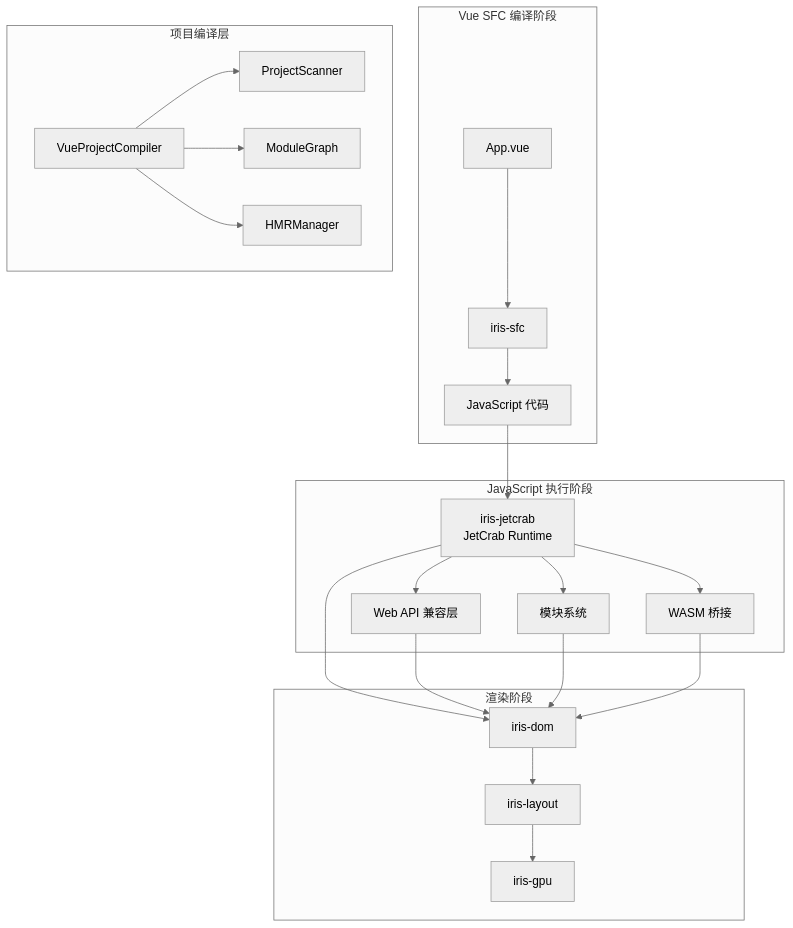
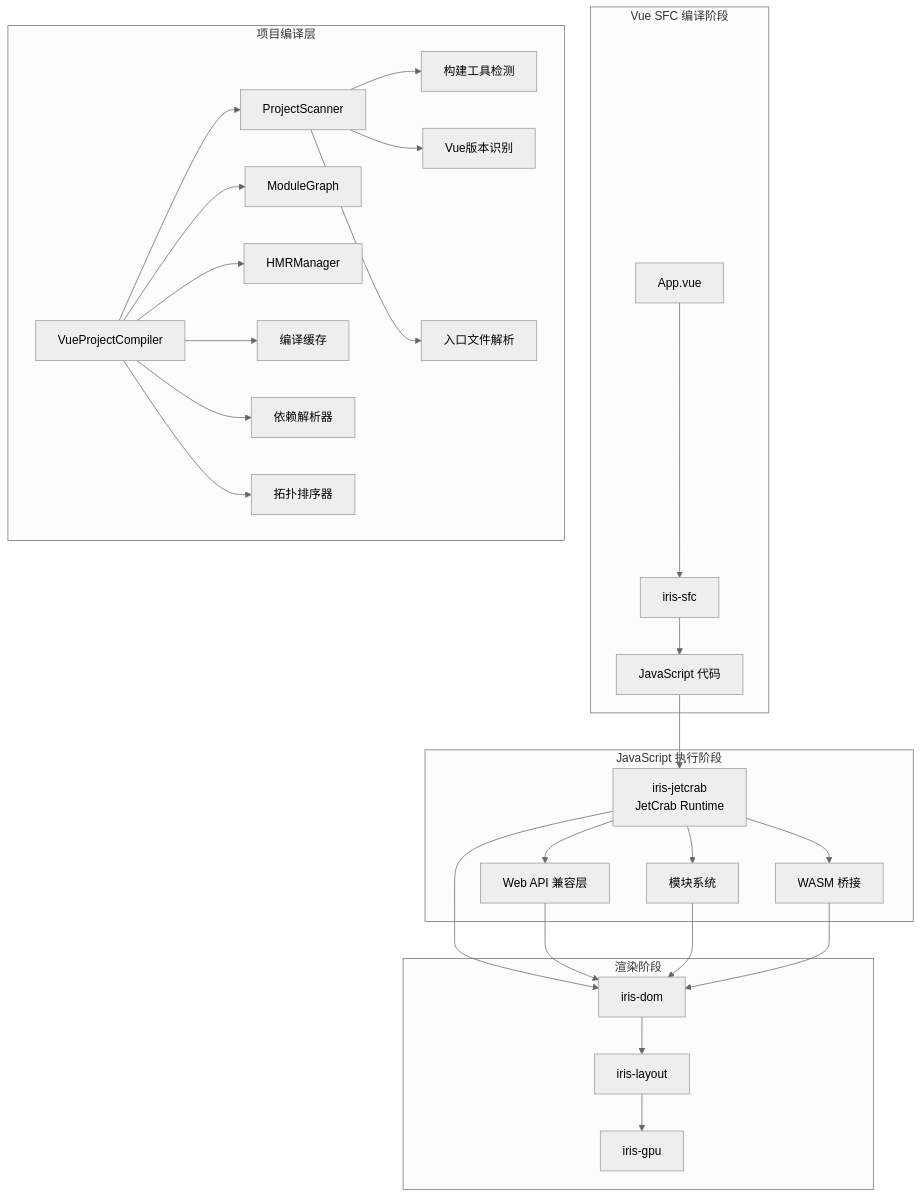
Before and after one commit to itszzl-sudo/iris: the second of 14 diagrams in .qoder/repowiki/zh/content/技术架构详解/JS沙箱运行时/Iris-JetCrab引擎/Iris-JetCrab引擎.md, drawn with Mermaid (neutral theme). The commit also changed other lines of this file and 23 other files, not shown here.

````diff
--- a/.qoder/repowiki/zh/content/技术架构详解/JS沙箱运行时/Iris-JetCrab引擎/Iris-JetCrab引擎.md
+++ b/.qoder/repowiki/zh/content/技术架构详解/JS沙箱运行时/Iris-JetCrab引擎/Iris-JetCrab引擎.md
@@ -165,30 +174,42 @@
 ```mermaid
 graph TB
 subgraph "Vue SFC 编译阶段"
 A[App.vue] --> B[iris-sfc]
 B --> C[JavaScript 代码]
 end
 subgraph "JavaScript 执行阶段"
 C --> D[iris-jetcrab<br/>JetCrab Runtime]
 D --> E[Web API 兼容层]
 D --> F[模块系统]
 D --> G[WASM 桥接]
 end
 subgraph "渲染阶段"
 H[iris-dom] --> I[iris-layout]
 I --> J[iris-gpu]
 end
 D --> H
 E --> H
 F --> H
 G --> H
 subgraph "项目编译层"
 K[VueProjectCompiler]
 L[ProjectScanner]
 M[ModuleGraph]
 N[HMRManager]
+O[编译缓存]
+P[依赖解析器]
+Q[拓扑排序器]
+R[构建工具检测]
+S[Vue版本识别]
+T[入口文件解析]
 end
 K --> L
 K --> M
 K --> N
+K --> O
+K --> P
+K --> Q
+L --> R
+L --> S
+L --> T
 ```
````
